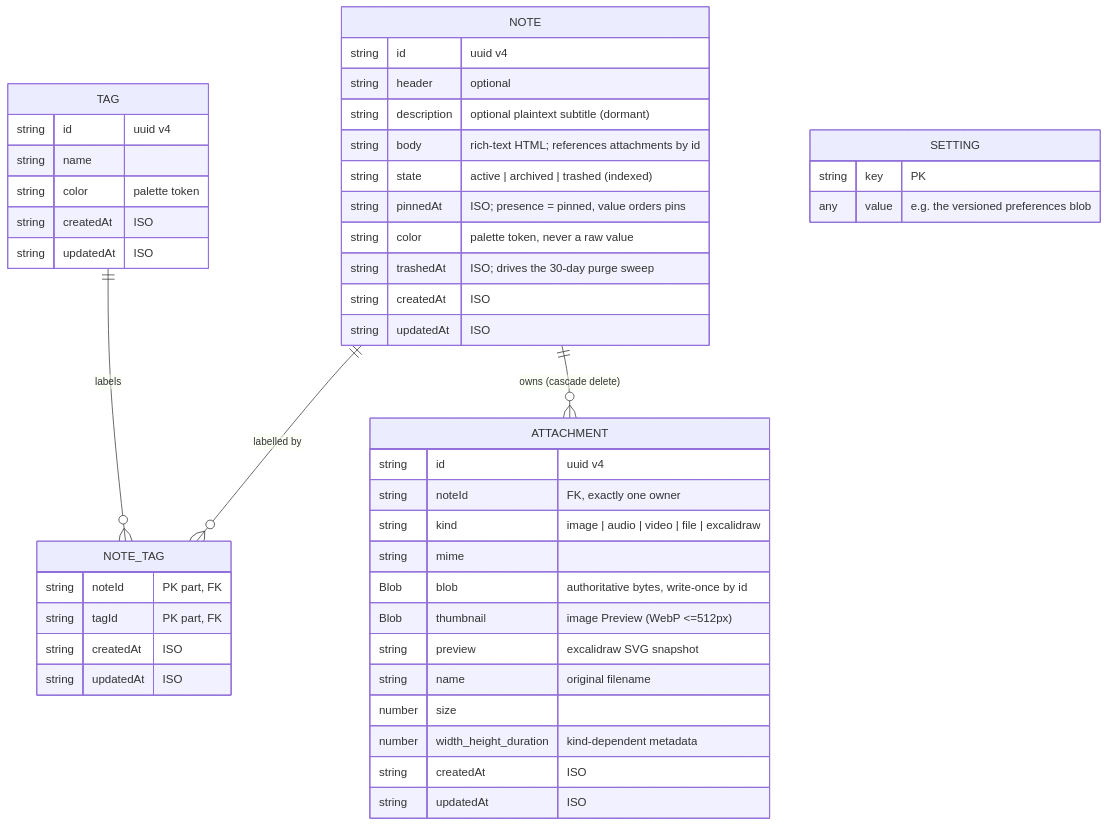
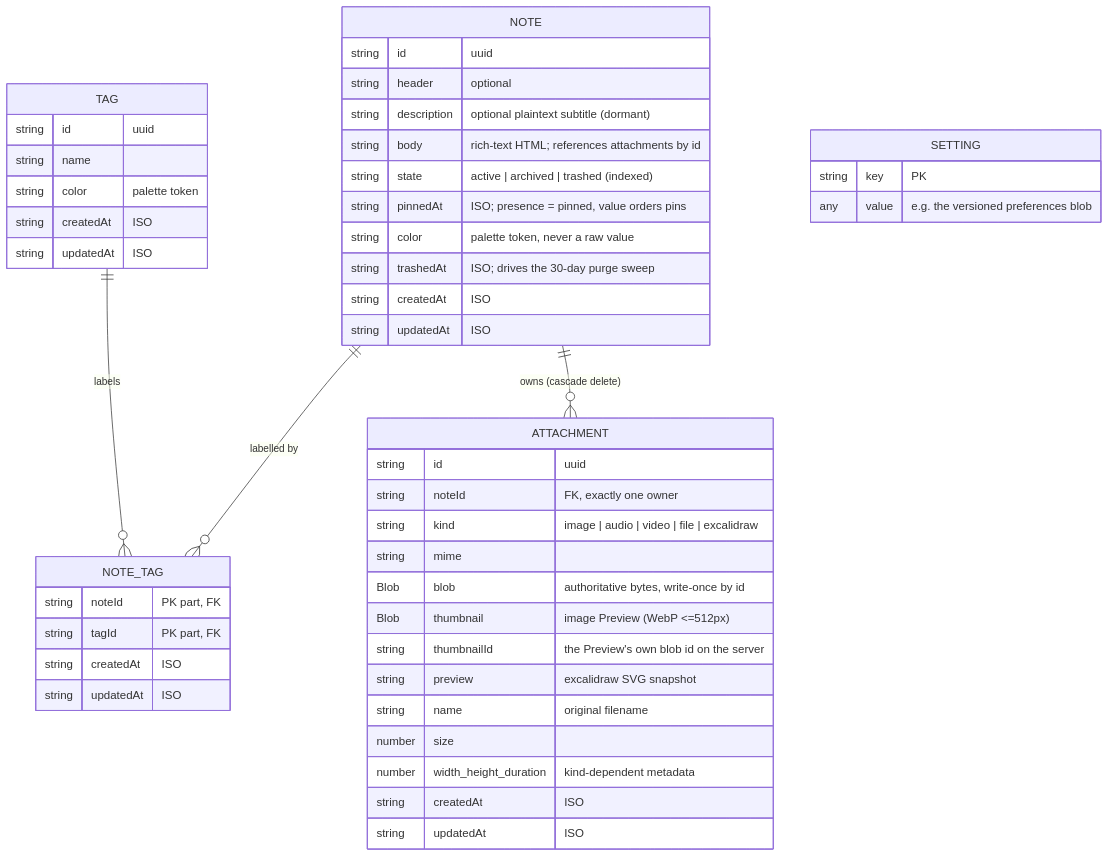
One commit to soukupj00/your-notes-fe changed the diagram in docs/architecture/03-database.md. Above: the diagram before and after it, drawn with Mermaid. The commit also changed other lines of this file and 24 other files, not shown here.

Commit message:
docs: shorter CLAUDE.md files and roadmap with diagrams, architecture chapters brought up to the built state, slice records in their own file

````diff
--- a/docs/architecture/03-database.md
+++ b/docs/architecture/03-database.md
@@ -13,49 +13,50 @@
 ```mermaid
 erDiagram
     NOTE ||--o{ NOTE_TAG : "labelled by"
     TAG ||--o{ NOTE_TAG : "labels"
     NOTE ||--o{ ATTACHMENT : "owns (cascade delete)"
     NOTE {
-        string id "uuid v4"
+        string id "uuid"
         string header "optional"
         string description "optional plaintext subtitle (dormant)"
         string body "rich-text HTML; references attachments by id"
         string state "active | archived | trashed (indexed)"
         string pinnedAt "ISO; presence = pinned, value orders pins"
         string color "palette token, never a raw value"
         string trashedAt "ISO; drives the 30-day purge sweep"
         string createdAt "ISO"
         string updatedAt "ISO"
     }
     TAG {
-        string id "uuid v4"
+        string id "uuid"
         string name
         string color "palette token"
         string createdAt "ISO"
         string updatedAt "ISO"
     }
     NOTE_TAG {
         string noteId "PK part, FK"
         string tagId "PK part, FK"
         string createdAt "ISO"
         string updatedAt "ISO"
     }
     ATTACHMENT {
-        string id "uuid v4"
+        string id "uuid"
         string noteId "FK, exactly one owner"
         string kind "image | audio | video | file | excalidraw"
         string mime
         Blob blob "authoritative bytes, write-once by id"
         Blob thumbnail "image Preview (WebP <=512px)"
+        string thumbnailId "the Preview's own blob id on the server"
         string preview "excalidraw SVG snapshot"
         string name "original filename"
         number size
         number width_height_duration "kind-dependent metadata"
         string createdAt "ISO"
         string updatedAt "ISO"
     }
     SETTING {
         string key "PK"
         any value "e.g. the versioned preferences blob"
     }
 ```
````
